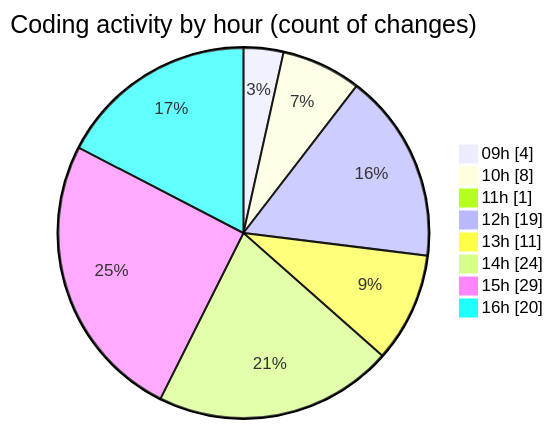
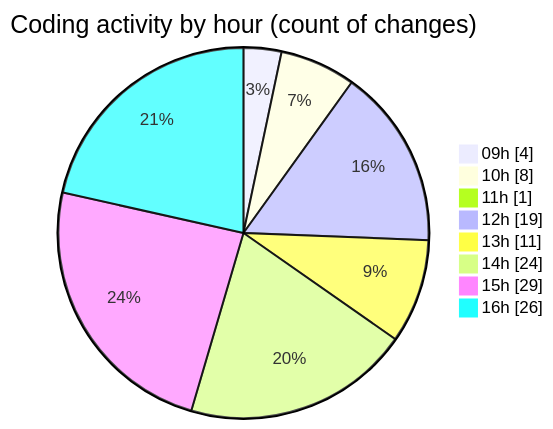
One commit to nxtqubesakshisongat/code-tracking changed the second of 2 diagrams in 2026-02-18/nxtqube_webapp/README.md. Above: the diagram before and after it, drawn with Mermaid. The commit also changed other lines of this file and 1 other file, not shown here.

````diff
--- a/2026-02-18/nxtqube_webapp/README.md
+++ b/2026-02-18/nxtqube_webapp/README.md
@@ -38,12 +38,12 @@
 ```mermaid
 pie showData
 title Coding activity by hour (count of changes)
 "09h" : 4
 "10h" : 8
 "11h" : 1
 "12h" : 19
 "13h" : 11
 "14h" : 24
 "15h" : 29
-"16h" : 20
+"16h" : 26
 ```
````
